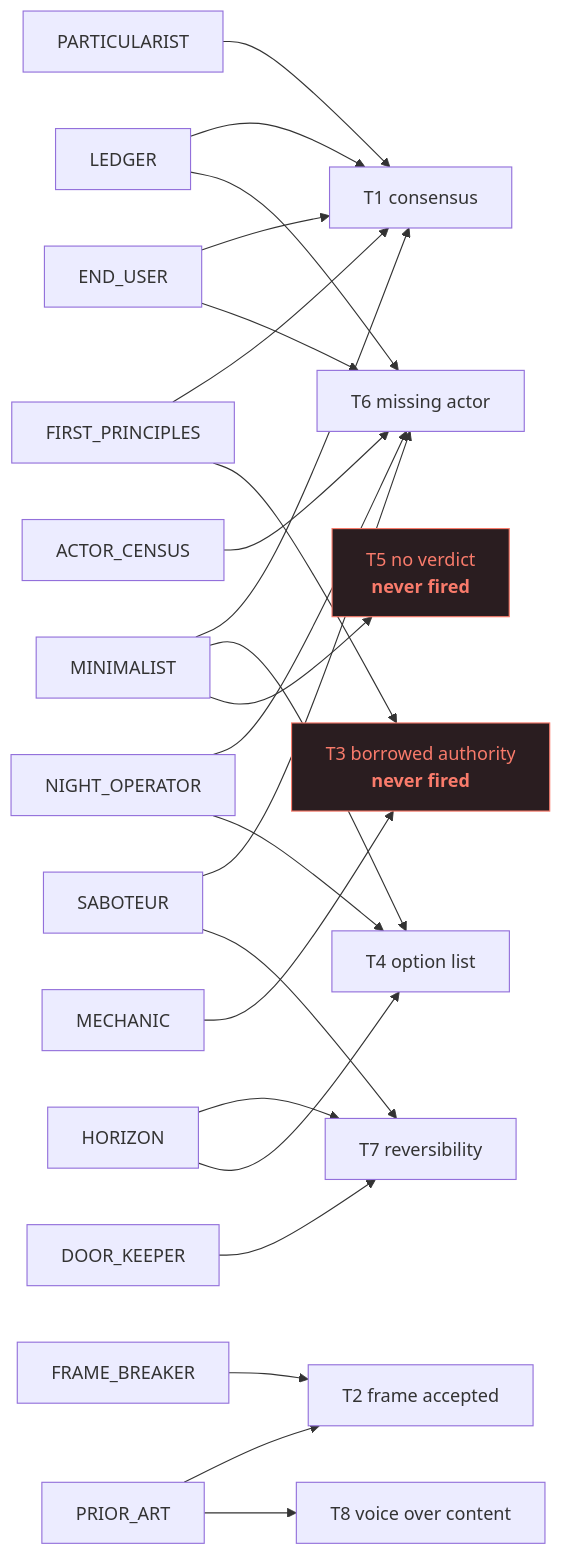
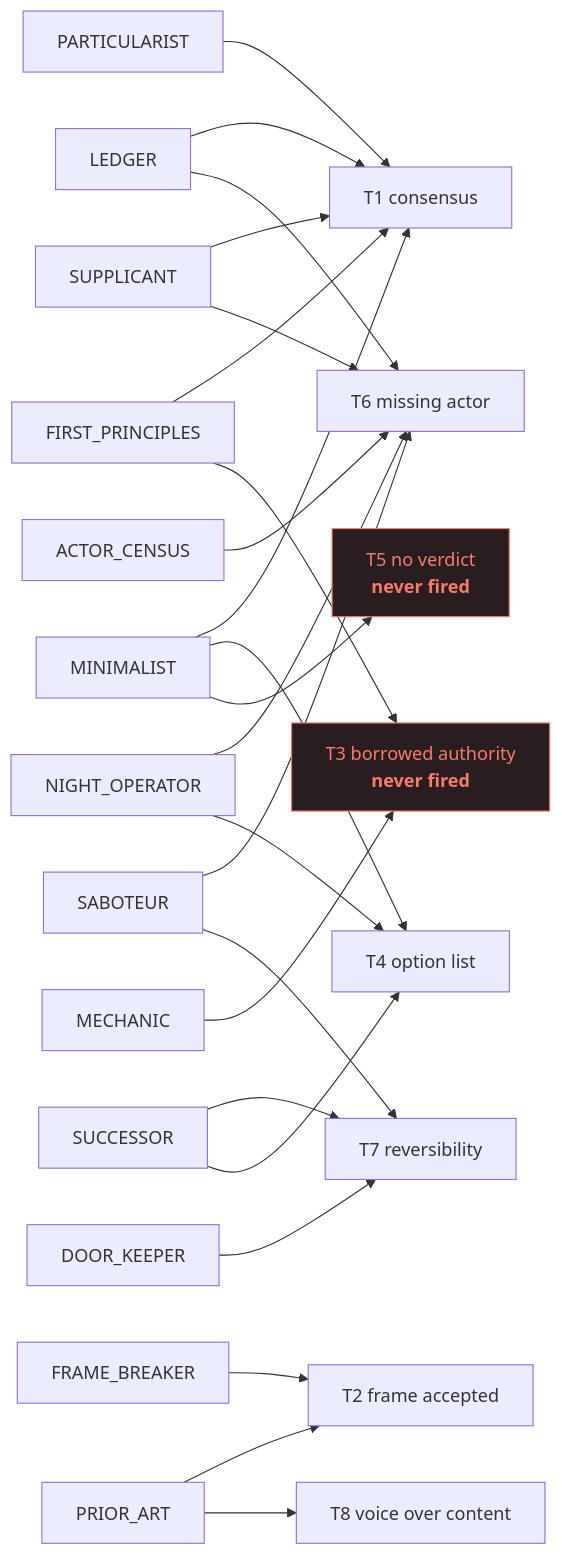
Before and after one commit to drewc611/Ai-adhd: the third of 7 diagrams in README.md, drawn with Mermaid. The commit also changed other lines of this file and 24 other files, not shown here.

````diff
--- a/README.md
+++ b/README.md
@@ -106,37 +106,37 @@
 ```mermaid
 flowchart LR
   PARTICULARIST --> T1
   LEDGER --> T1
   LEDGER --> T6
   MINIMALIST --> T1
   MINIMALIST --> T4
   MINIMALIST --> T5
   FIRST_PRINCIPLES --> T1
   FIRST_PRINCIPLES --> T3
-  END_USER --> T1
-  END_USER --> T6
+  SUPPLICANT --> T1
+  SUPPLICANT --> T6
   FRAME_BREAKER --> T2
   PRIOR_ART --> T2
   PRIOR_ART --> T8
   ACTOR_CENSUS --> T6
   SABOTEUR --> T6
   SABOTEUR --> T7
   NIGHT_OPERATOR --> T6
   NIGHT_OPERATOR --> T4
   DOOR_KEEPER --> T7
-  HORIZON --> T7
-  HORIZON --> T4
+  SUCCESSOR --> T7
+  SUCCESSOR --> T4
   MECHANIC --> T3
 
   T1["T1 consensus"]
   T2["T2 frame accepted"]
   T3["T3 borrowed authority<br/><b>never fired</b>"]
   T4["T4 option list"]
   T5["T5 no verdict<br/><b>never fired</b>"]
   T6["T6 missing actor"]
   T7["T7 reversibility"]
   T8["T8 voice over content"]
 
   classDef cold fill:#2A1D20,stroke:#F97B6B,color:#F97B6B
   class T3,T5 cold
 ```
````
